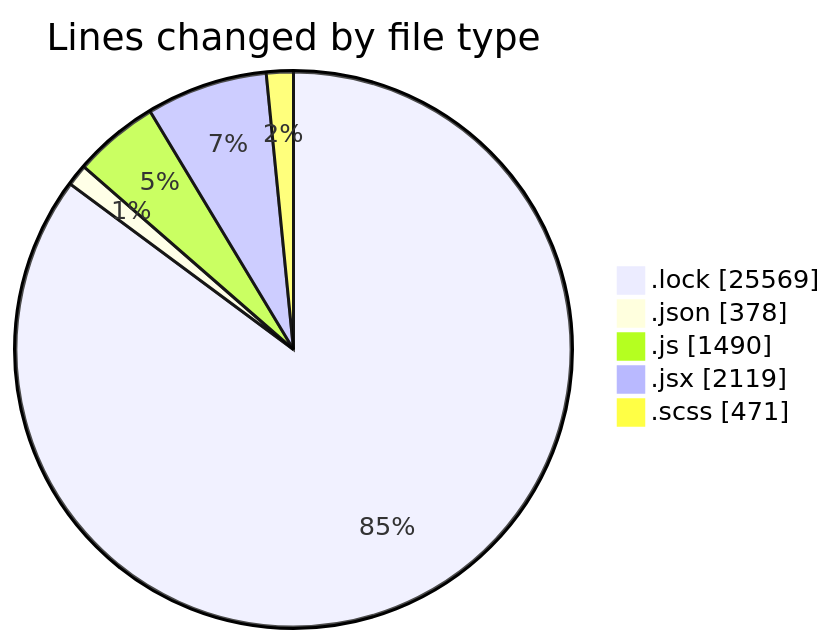
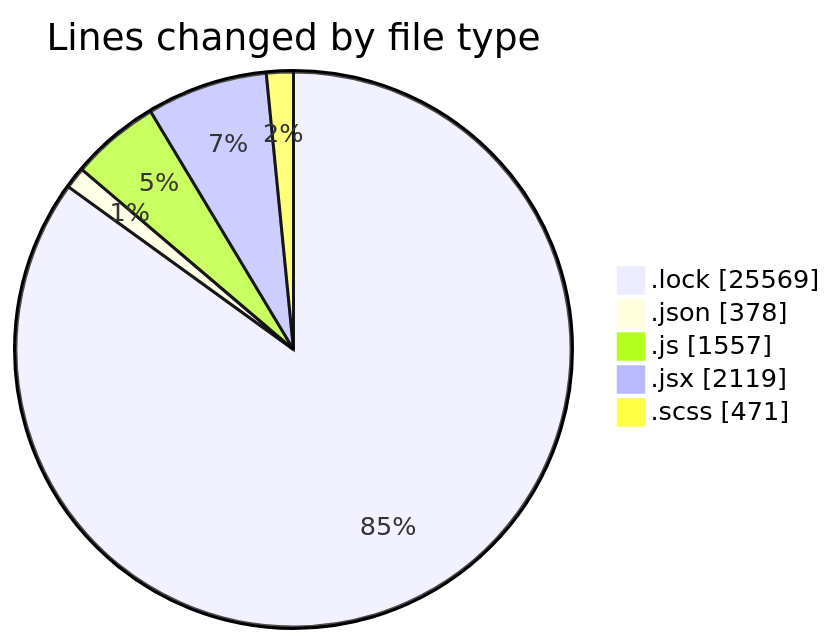
The first of 2 diagrams in 2026-01-07/cda/README.md (momahboobian/code-tracking), drawn with Mermaid before and after one commit. The commit also changed other lines of this file and 1 other file, not shown here.

````diff
--- a/2026-01-07/cda/README.md
+++ b/2026-01-07/cda/README.md
@@ -50,9 +50,9 @@
 ```mermaid
 pie showData
 title Lines changed by file type
 ".lock" : 25569
 ".json" : 378
-".js" : 1490
+".js" : 1557
 ".jsx" : 2119
 ".scss" : 471
 ```
````
